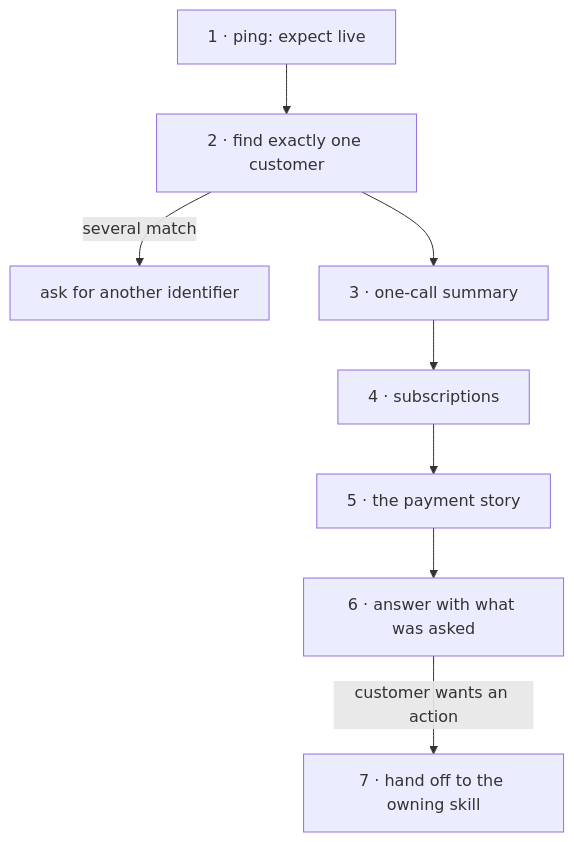
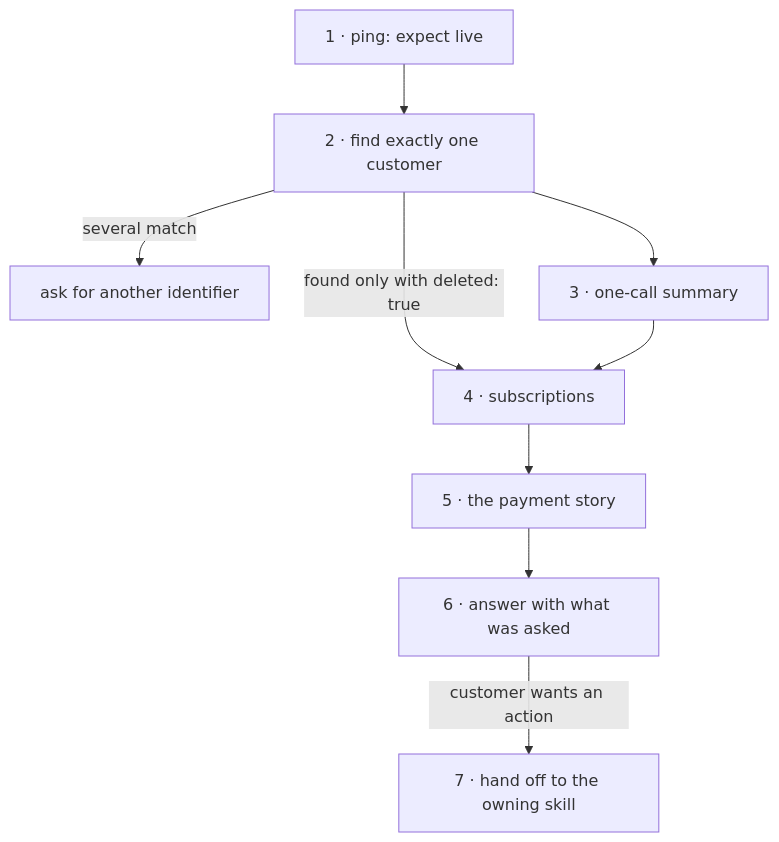
Before and after one commit to EPDCommerce/agent-skills: the diagram in recipes/customer-360.md, drawn with Mermaid. The commit also changed other lines of this file, not shown here.

````diff
--- a/recipes/customer-360.md
+++ b/recipes/customer-360.md
@@ -56,10 +56,11 @@
 ```mermaid
 flowchart TD
   M["1 · ping: expect live"] --> F["2 · find exactly one customer"]
   F -->|several match| ASK["ask for another identifier"]
+  F -->|found only with deleted: true| SUB
   F --> S["3 · one-call summary"]
   S --> SUB["4 · subscriptions"]
   SUB --> P["5 · the payment story"]
   P --> A["6 · answer with what was asked"]
   A -->|customer wants an action| H["7 · hand off to the owning skill"]
 ```
````
